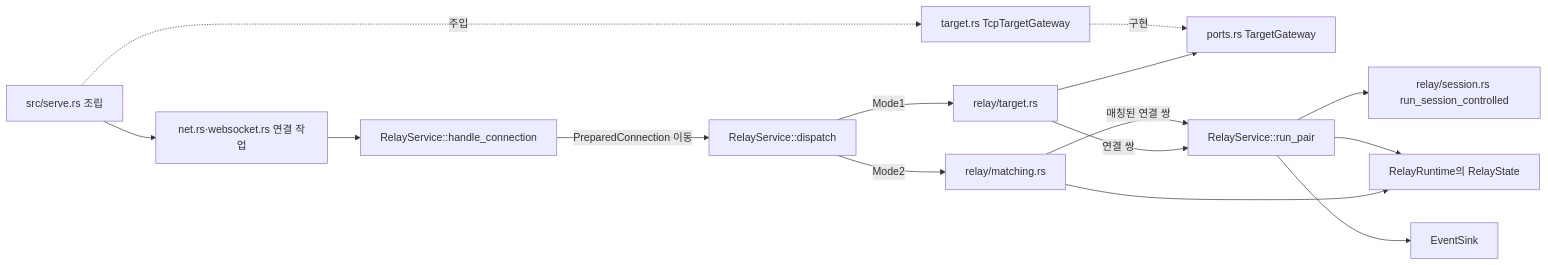
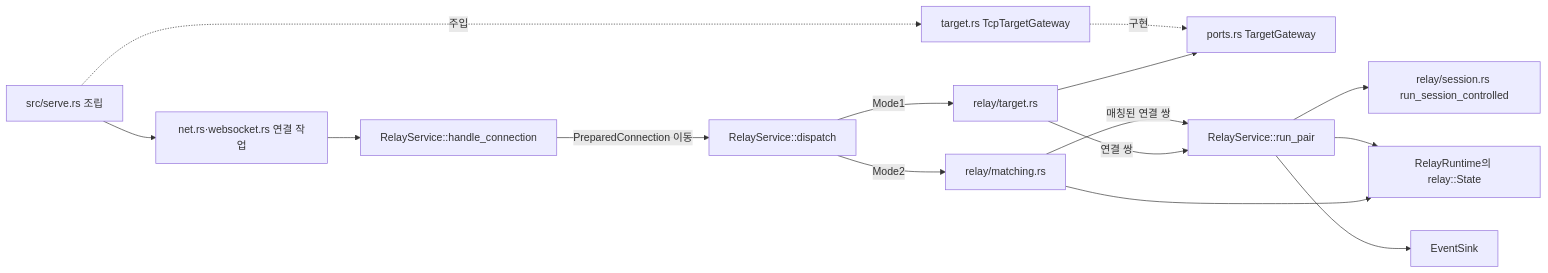
One commit to kayden-kim/vnc-relay changed the diagram in docs/architectures/relay-session.md. Above: the diagram before and after it, drawn with Mermaid. The commit also changed other lines of this file and 58 other files, not shown here.

````diff
--- a/docs/architectures/relay-session.md
+++ b/docs/architectures/relay-session.md
@@ -39,17 +39,17 @@
 ```mermaid
 flowchart LR
     SERVE["src/serve.rs 조립"] --> ENTRY["net.rs·websocket.rs 연결 작업"]
     ENTRY --> HS["RelayService::handle_connection"]
     HS -->|"PreparedConnection 이동"| DISPATCH["RelayService::dispatch"]
     DISPATCH -->|"Mode1"| TARGET["relay/target.rs"]
     DISPATCH -->|"Mode2"| MATCH["relay/matching.rs"]
     TARGET --> PORT["ports.rs TargetGateway"]
     SERVE -.->|"주입"| ADAPTER["target.rs TcpTargetGateway"]
     ADAPTER -.->|"구현"| PORT
     TARGET -->|"연결 쌍"| PAIR["RelayService::run_pair"]
     MATCH -->|"매칭된 연결 쌍"| PAIR
     PAIR --> SESSION["relay/session.rs run_session_controlled"]
-    MATCH --> STATE["RelayRuntime의 RelayState"]
+    MATCH --> STATE["RelayRuntime의 relay::State"]
     PAIR --> STATE
     PAIR --> LOG["EventSink"]
 ```
````
